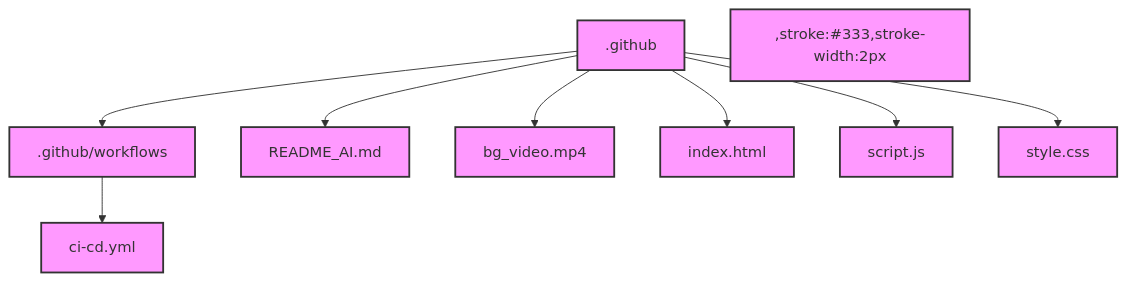
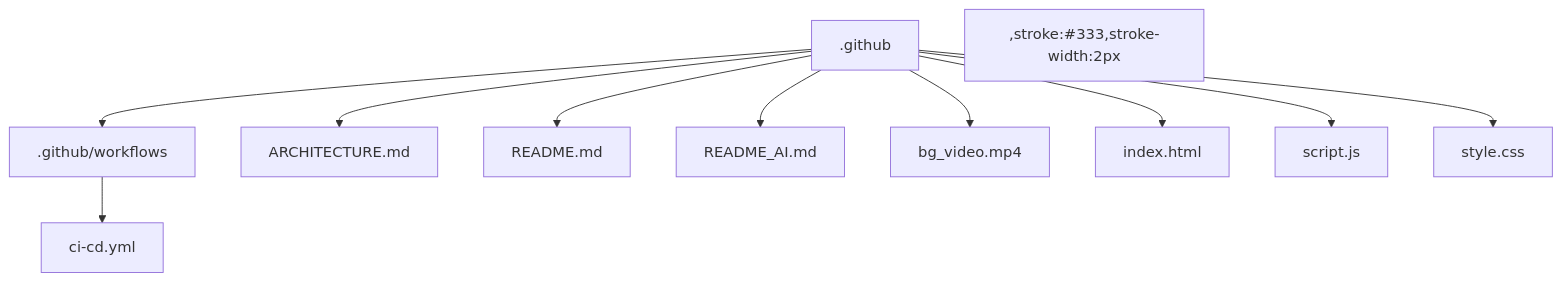
One commit to nirzaraghure/music-mood-app changed the diagram in ARCHITECTURE.md. Above: the diagram before and after it, drawn with Mermaid.

Commit message:
🤖 GitGenius: AI-generated code fix

````diff
--- a/ARCHITECTURE.md
+++ b/ARCHITECTURE.md
@@ -3,22 +3,20 @@
 ```mermaid
 graph TD
   A[.github] --> B[.github/workflows]
   B --> C[ci-cd.yml]
-  A --> D[README_AI.md]
-  A --> E[bg_video.mp4]
-  A --> F[index.html]
-  A --> G[script.js]
-  A --> H[style.css]
+  A --> D[ARCHITECTURE.md]
+  A --> E[README.md]
+  A --> F[README_AI.md]
+  A --> G[bg_video.mp4]
+  A --> H[index.html]
+  A --> I[script.js]
+  A --> J[style.css]
   ,stroke:#333,stroke-width:2px
   ,stroke:#333,stroke-width:2px
   ,stroke:#333,stroke-width:2px
   ,stroke:#333,stroke-width:2px
   ,stroke:#333,stroke-width:2px
   ,stroke:#333,stroke-width:2px
-  classDef default fill:#f9f,stroke:#333,stroke-width:2px
-  class A,B,C,D,E,F,G,H default
-  classDef file fill:#f9f,stroke:#333,stroke-width:2px
-  class C,D,E,F,G,H file
-  classDef folder fill:#f9f,stroke:#333,stroke-width:2px
-  class B folder
+  ,stroke:#333,stroke-width:2px
+  ,stroke:#333,stroke-width:2px
 ```
````
